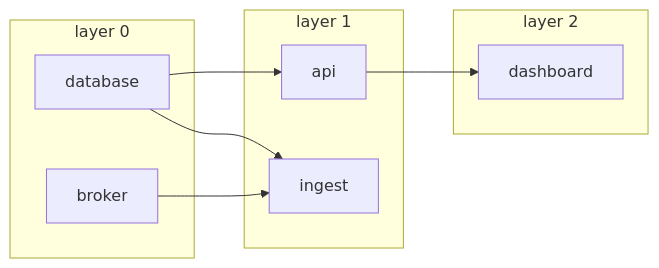
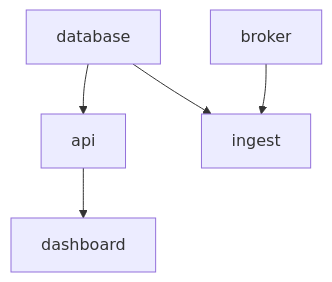
One commit to carlosprados/keystone changed the first of 2 diagrams in site/content/concepts/dependencies.md. Above: the diagram before and after it, drawn with Mermaid. The commit also changed other lines of this file and 58 other files, not shown here.

First line of the commit message:
docs: generated OpenAPI reference, examples chapter, legible diagrams

````diff
--- a/site/content/concepts/dependencies.md
+++ b/site/content/concepts/dependencies.md
@@ -54,18 +52,13 @@
 ```mermaid
-flowchart LR
-    subgraph L0["layer 0"]
-        DB["database"]
-        BR["broker"]
-    end
-    subgraph L1["layer 1"]
-        API["api"]
-        ING["ingest"]
-    end
-    subgraph L2["layer 2"]
-        UI["dashboard"]
-    end
+flowchart TB
+    DB["database"]
+    BR["broker"]
+    API["api"]
+    ING["ingest"]
+    UI["dashboard"]
+
     DB --> API
     DB --> ING
     BR --> ING
     API --> UI
 ```
````
